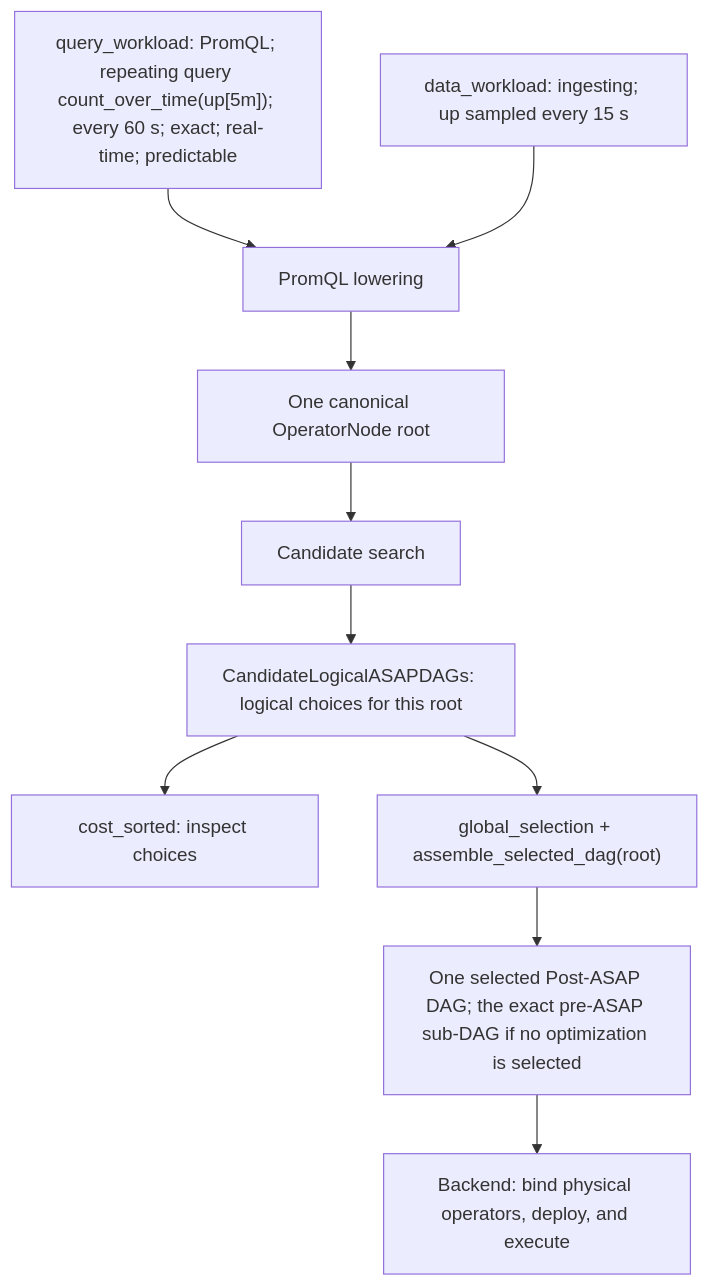
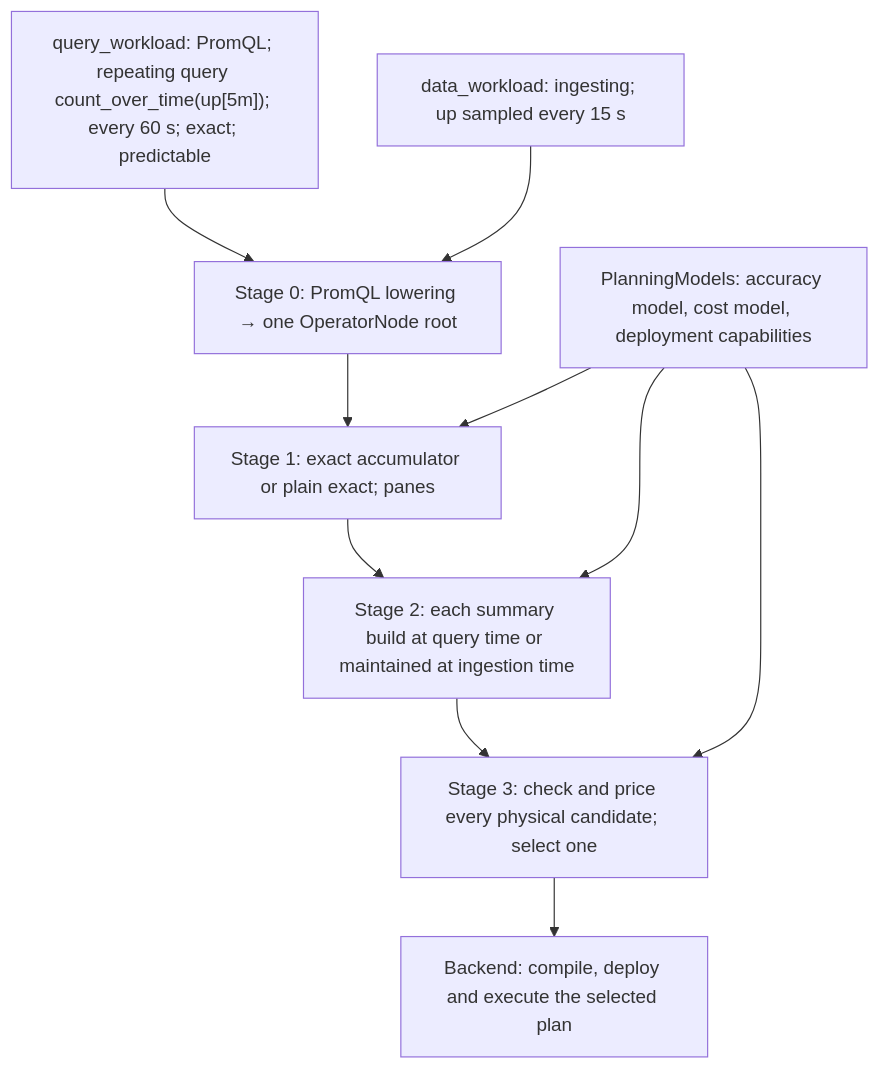
One commit to ProjectASAP/ASAPPlanner changed the diagram in docs/design_docs/architecture/input-output-workflow.md. Above: the diagram before and after it, drawn with Mermaid. The commit also changed other lines of this file and 20 other files, not shown here.

First line of the commit message:
docs(design): the stage pipeline replaces the legacy search in the design docs

````diff
--- a/docs/design_docs/architecture/input-output-workflow.md
+++ b/docs/design_docs/architecture/input-output-workflow.md
@@ -64,18 +55,17 @@
 ```mermaid
 flowchart TD
-    Q["query_workload: PromQL; repeating query count_over_time(up[5m]); every 60 s; exact; real-time; predictable"]
+    Q["query_workload: PromQL; repeating query count_over_time(up[5m]); every 60 s; exact; predictable"]
     D["data_workload: ingesting; up sampled every 15 s"]
-    F["PromQL lowering"]
-    R["One canonical OperatorNode root"]
-    S["Candidate search"]
-    P["CandidateLogicalASAPDAGs: logical choices for this root"]
-    I["cost_sorted: inspect choices"]
-    G["global_selection + assemble_selected_dag(root)"]
-    L["One selected Post-ASAP DAG; the exact pre-ASAP sub-DAG if no optimization is selected"]
-    B["Backend: bind physical operators, deploy, and execute"]
+    M["PlanningModels: accuracy model, cost model, deployment capabilities"]
+    F["Stage 0: PromQL lowering → one OperatorNode root"]
+    S1["Stage 1: exact accumulator or plain exact; panes"]
+    S2["Stage 2: each summary build at query time or maintained at ingestion time"]
+    S3["Stage 3: check and price every physical candidate; select one"]
+    B["Backend: compile, deploy and execute the selected plan"]
     Q --> F
     D --> F
-    F --> R --> S --> P
-    P --> I
-    P --> G --> L --> B
+    F --> S1 --> S2 --> S3 --> B
+    M --> S1
+    M --> S2
+    M --> S3
 ```
````
